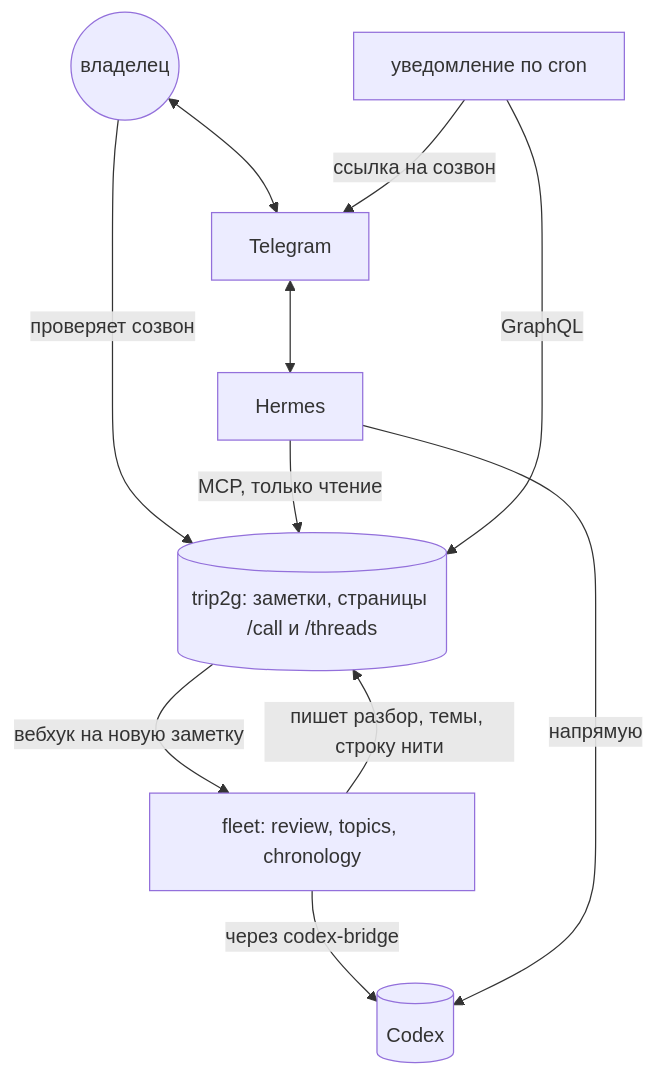
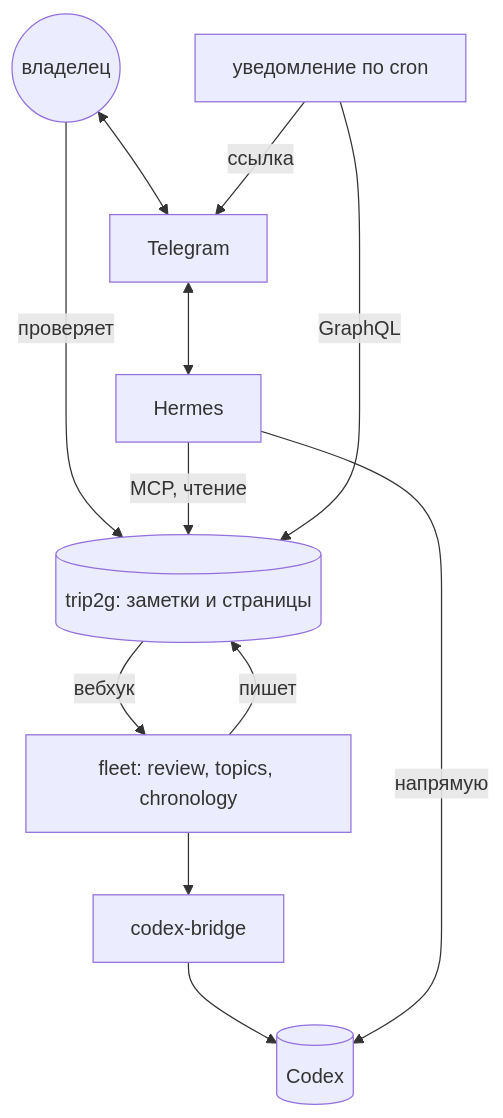
The diagram in docs/ru/user/calls-dashboard.md (trip2g/trip2g), drawn with Mermaid before and after one commit. The commit also changed 1 other file, not shown here.

Commit message:
docs(calls): stand diagram laid out for beautiful-mermaid, the engine the site uses

````diff
--- a/docs/ru/user/calls-dashboard.md
+++ b/docs/ru/user/calls-dashboard.md
@@ -26,20 +26,20 @@
 ```mermaid
 flowchart TD
   You((владелец))
   TG[Telegram]
   HM[Hermes]
   N[уведомление по cron]
-  V[(trip2g: заметки, страницы /call и /threads)]
+  V[(trip2g: заметки и страницы)]
   F[fleet: review, topics, chronology]
   X[(Codex)]
   You <--> TG
-  You -- проверяет созвон --> V
+  N -- ссылка --> TG
   TG <--> HM
-  HM -- MCP, только чтение --> V
+  You -- проверяет --> V
+  HM -- MCP, чтение --> V
   N -- GraphQL --> V
-  N -- ссылка на созвон --> TG
-  V -- вебхук на новую заметку --> F
-  F -- пишет разбор, темы, строку нити --> V
-  F -- через codex-bridge --> X
+  V -- вебхук --> F
+  F -- пишет --> V
+  F --> B[codex-bridge] --> X
   HM -- напрямую --> X
 ```
````
